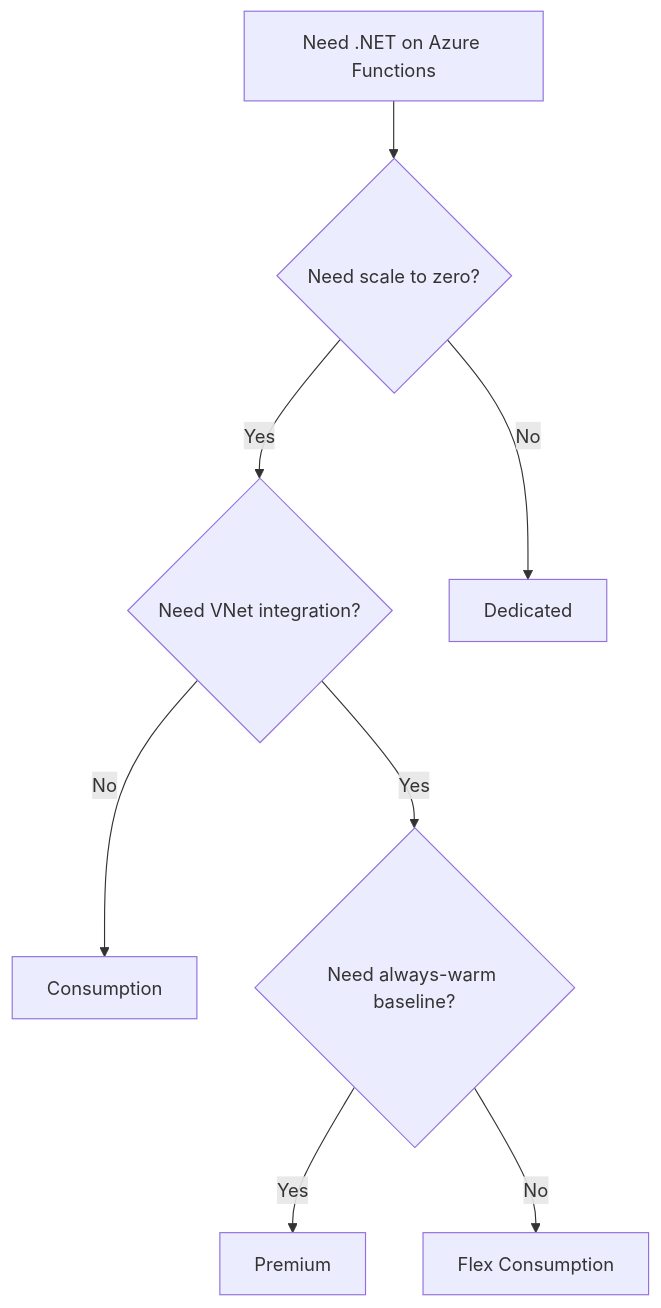
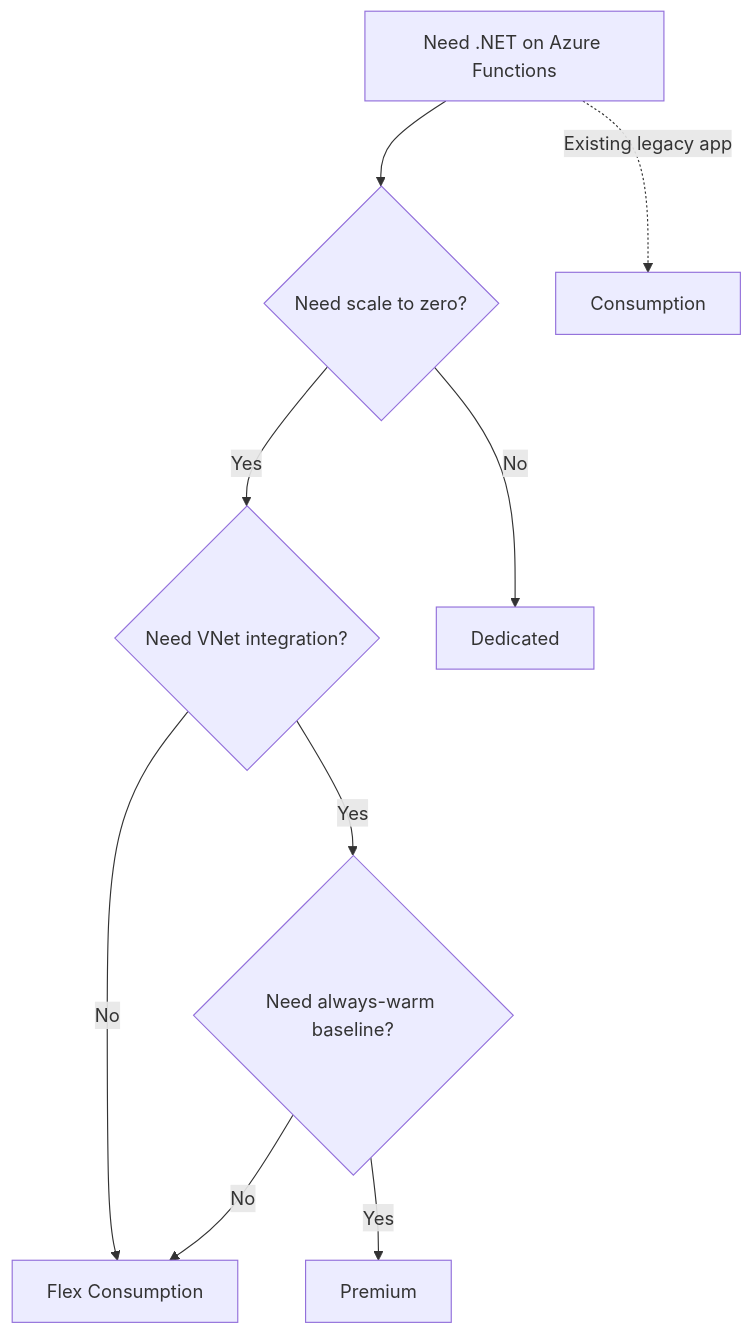
One commit to yeongseon/azure-functions-practical-guide changed the diagram in docs/language-guides/dotnet/tutorial/index.md. Above: the diagram before and after it, drawn with Mermaid. The commit also changed other lines of this file and 10 other files, not shown here.

````diff
--- a/docs/language-guides/dotnet/tutorial/index.md
+++ b/docs/language-guides/dotnet/tutorial/index.md
@@ -25,15 +25,16 @@
 ```mermaid
 flowchart TD
     Start[Need .NET on Azure Functions] --> Q1{Need scale to zero?}
     Q1 -->|Yes| Q2{Need VNet integration?}
     Q1 -->|No| DEDI[Dedicated]
-    Q2 -->|No| CONS[Consumption]
+    Q2 -->|No| FLEX[Flex Consumption]
+    Start -.->|Existing legacy app| CONS[Consumption]
     Q2 -->|Yes| Q3{Need always-warm baseline?}
     Q3 -->|Yes| PREM[Premium]
-    Q3 -->|No| FLEX[Flex Consumption]
+    Q3 -->|No| FLEX
 
     click CONS "consumption/01-local-run/"
     click FLEX "flex-consumption/01-local-run/"
     click PREM "premium/01-local-run/"
     click DEDI "dedicated/01-local-run/"
 ```
````
